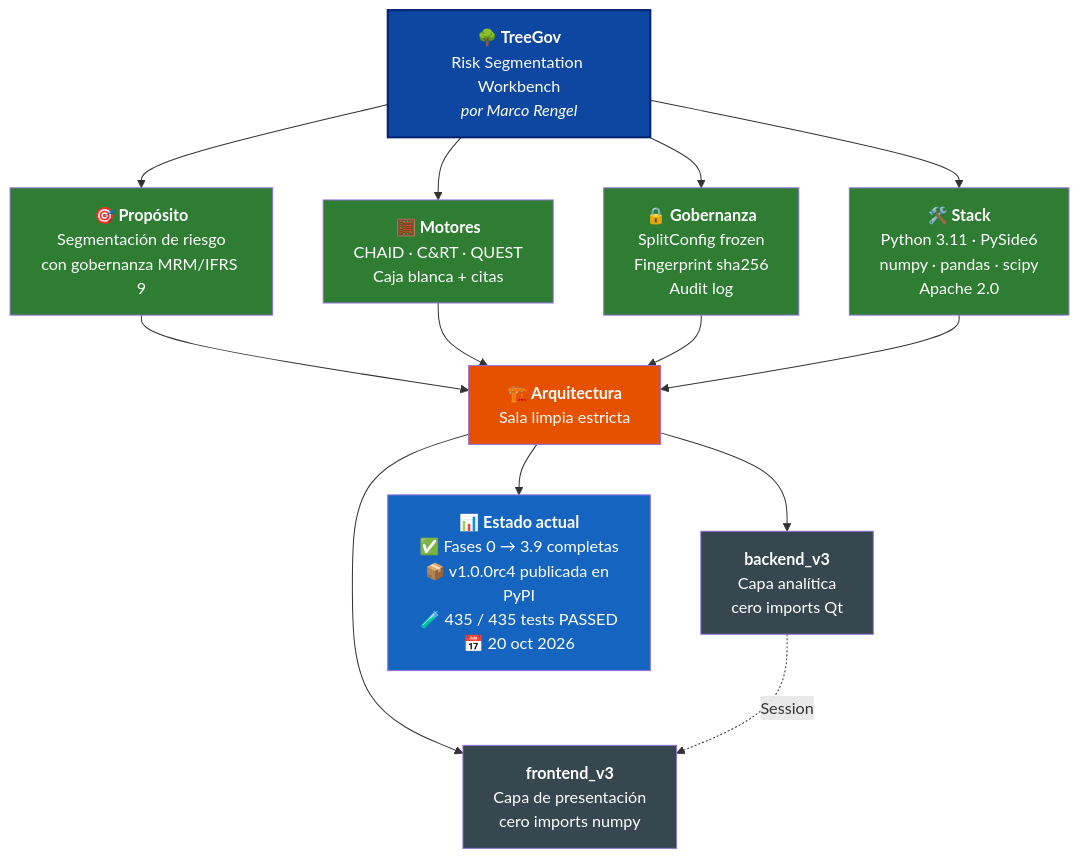
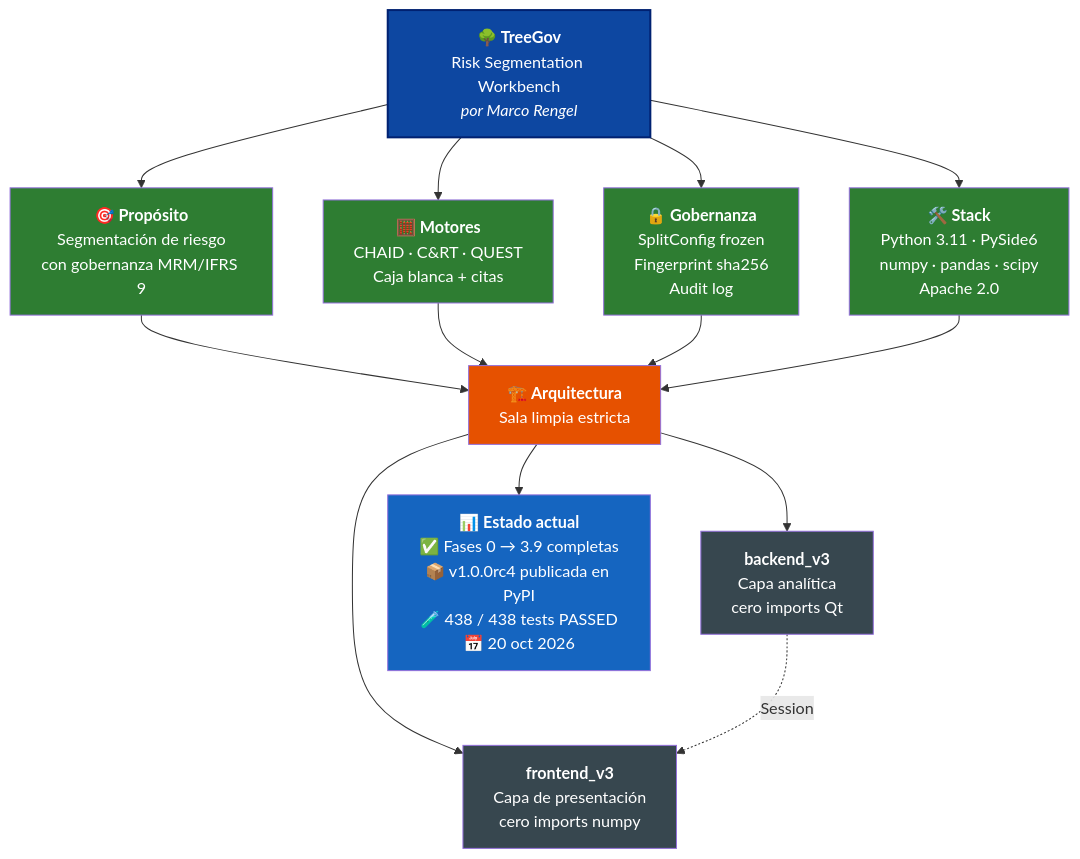
Before and after one commit to Marco-Rengel/treegov: the diagram in README.es.md, drawn with Mermaid. The commit also changed other lines of this file and 5 other files, not shown here.

````diff
--- a/README.es.md
+++ b/README.es.md
@@ -36,31 +36,31 @@
 ```mermaid
 flowchart TB
     TG["<b>🌳 TreeGov</b><br/>Risk Segmentation Workbench<br/><i>por Marco Rengel</i>"]
 
     TG --> P["<b>🎯 Propósito</b><br/>Segmentación de riesgo<br/>con gobernanza MRM/IFRS 9"]
     TG --> M["<b>🧮 Motores</b><br/>CHAID · C&RT · QUEST<br/>Caja blanca + citas"]
     TG --> G["<b>🔒 Gobernanza</b><br/>SplitConfig frozen<br/>Fingerprint sha256<br/>Audit log"]
     TG --> S["<b>🛠️ Stack</b><br/>Python 3.11 · PySide6<br/>numpy · pandas · scipy<br/>Apache 2.0"]
 
     P --> ARQ["<b>🏗️ Arquitectura</b><br/>Sala limpia estricta"]
     M --> ARQ
     G --> ARQ
     S --> ARQ
 
     ARQ --> BE["<b>backend_v3</b><br/>Capa analítica<br/>cero imports Qt"]
     ARQ --> FE["<b>frontend_v3</b><br/>Capa de presentación<br/>cero imports numpy"]
 
     BE -.->|Session| FE
 
-    ARQ --> ST["<b>📊 Estado actual</b><br/>✅ Fases 0 → 3.9 completas<br/>📦 v1.0.0rc4 publicada en PyPI<br/>🧪 435 / 435 tests PASSED<br/>📅 20 oct 2026"]
+    ARQ --> ST["<b>📊 Estado actual</b><br/>✅ Fases 0 → 3.9 completas<br/>📦 v1.0.0rc4 publicada en PyPI<br/>🧪 438 / 438 tests PASSED<br/>📅 20 oct 2026"]
 
     style TG fill:#0D47A1,color:#fff,stroke:#002171,stroke-width:2px
     style P fill:#2E7D32,color:#fff
     style M fill:#2E7D32,color:#fff
     style G fill:#2E7D32,color:#fff
     style S fill:#2E7D32,color:#fff
     style ARQ fill:#E65100,color:#fff
     style BE fill:#37474F,color:#fff
     style FE fill:#37474F,color:#fff
     style ST fill:#1565C0,color:#fff
 ```
````
